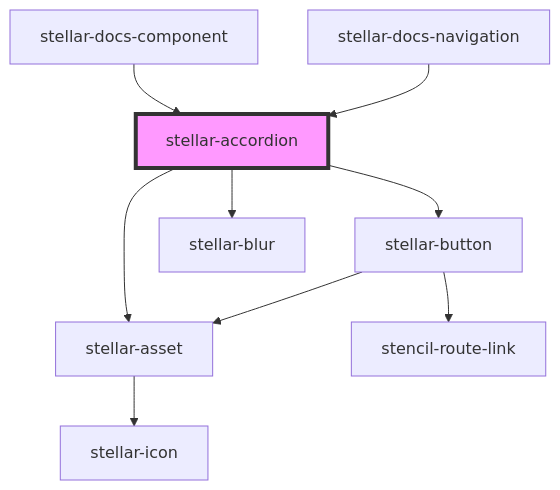
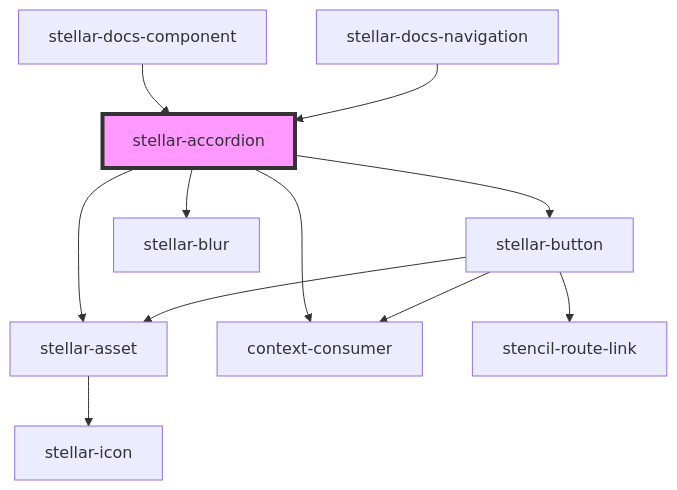
Before and after one commit to splitinfinities/Stellar: the diagram in src/components/ui/accordion/readme.md, drawn with Mermaid. The commit also changed other lines of this file and 44 other files, not shown here.

````diff
--- a/src/components/ui/accordion/readme.md
+++ b/src/components/ui/accordion/readme.md
@@ -57,12 +59,14 @@
 ```mermaid
 graph TD;
   stellar-accordion --> stellar-button
   stellar-accordion --> stellar-asset
   stellar-accordion --> stellar-blur
+  stellar-accordion --> context-consumer
   stellar-button --> stellar-asset
   stellar-button --> stencil-route-link
+  stellar-button --> context-consumer
   stellar-asset --> stellar-icon
   stellar-docs-component --> stellar-accordion
   stellar-docs-navigation --> stellar-accordion
   style stellar-accordion fill:#f9f,stroke:#333,stroke-width:4px
 ```
````
